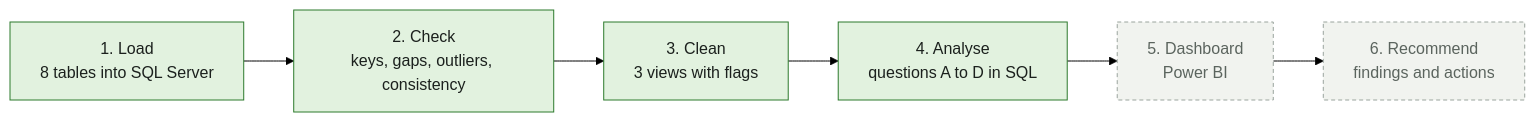
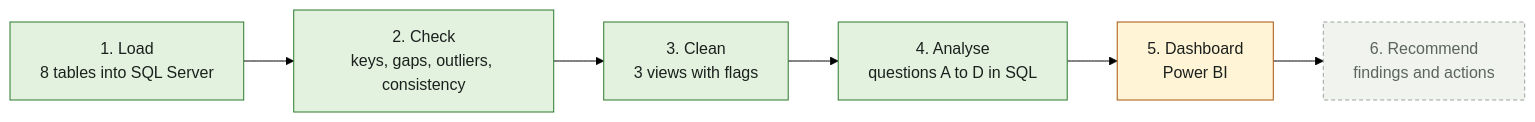
Before and after one commit to talshelin/ecommerce-sales-analysis: the second of 2 diagrams in README.md, drawn with Mermaid (forest theme). The commit also changed other lines of this file and 1 other file, not shown here.

````diff
--- a/README.md
+++ b/README.md
@@ -63,13 +63,15 @@
 ```mermaid
 flowchart LR
     A["1. Load<br/>8 tables into SQL Server"] --> B["2. Check<br/>keys, gaps, outliers, consistency"]
     B --> C["3. Clean<br/>3 views with flags"]
     C --> D["4. Analyse<br/>questions A to D in SQL"]
     D --> E["5. Dashboard<br/>Power BI"]
     E --> F["6. Recommend<br/>findings and actions"]
 
     classDef done fill:#e2f2df,stroke:#2c7a2c,color:#1b201d
+    classDef doing fill:#fff4d6,stroke:#a8550a,color:#1b201d
     classDef todo fill:#f1f3ef,stroke:#9aa49d,color:#5b645e,stroke-dasharray: 4 3
     class A,B,C,D done
-    class E,F todo
+    class E doing
+    class F todo
 ```
````
